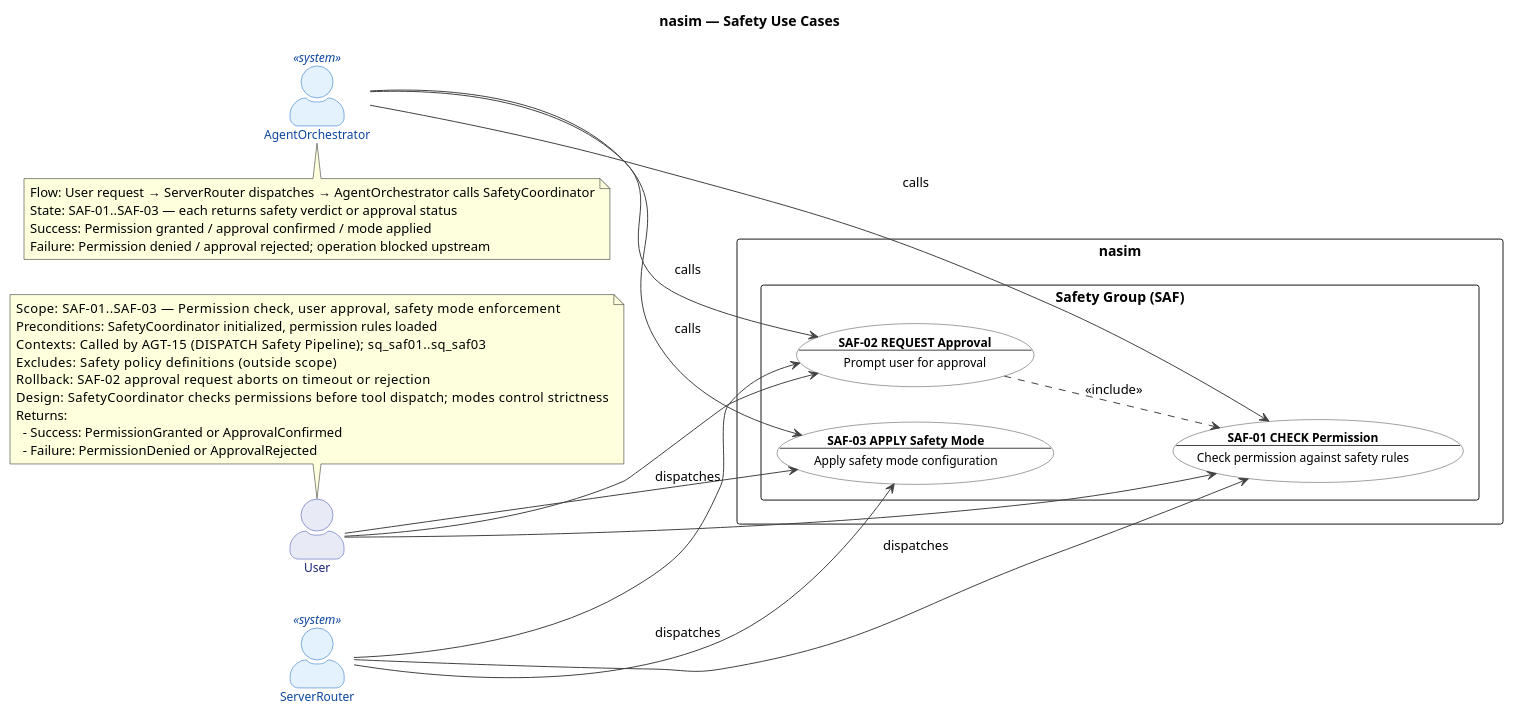
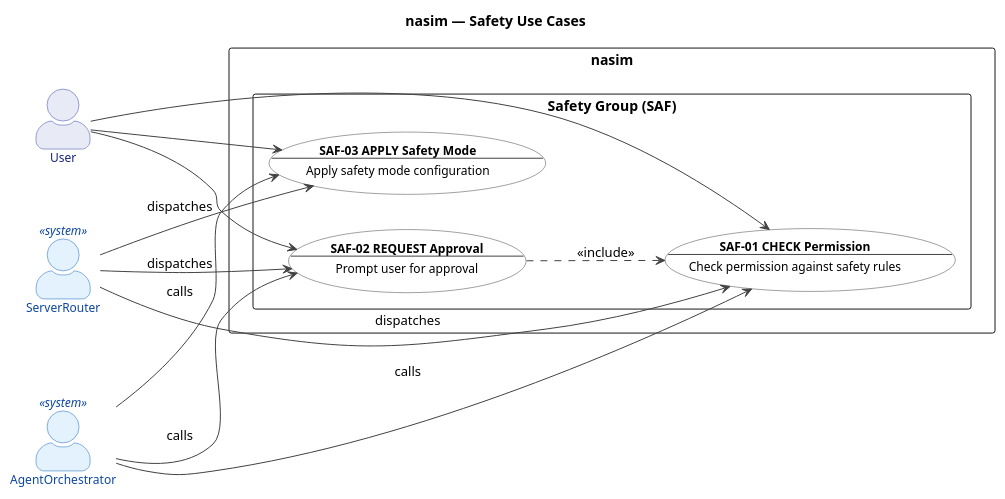
The diagram in docs/UC/uc_saf.puml (salimnamvar/nasim), drawn with PlantUML before and after one commit. The commit also changed 23 other files, not shown here.

First line of the commit message:
docs: Refactor UC diagrams and update merge script paths

```diff
--- a/docs/UC/uc_saf.puml
+++ b/docs/UC/uc_saf.puml
@@ -1,105 +1,108 @@
 @startuml uc_saf
+
 
 ' ============================================================
 ' Title:     nasim — UC: Safety Group
 ' Group:     SAF (Safety Layer)
 ' Boundary:  nasim code agent
 ' Purpose:   Permission gates, user approval prompts, safety mode enforcement.
 '            Entry chain: User → ServerRouter → AgentOrchestrator → SafetyCoordinator
 ' Milestone: v1.0
 ' Version:   9.1.0
 ' Source:    docs/ENTITIES.md, docs/UC/README.md
 ' Review:    CAR refinement loop 2026-06-27
 ' SQ:        sq_saf01..sq_saf03
 ' ============================================================
 
+
 left to right direction
+
 
 title nasim — Safety Use Cases
 
+
 skinparam actorStyle awesome
 skinparam packageStyle rectangle
+
 
 skinparam usecase {
   BackgroundColor #FFFFFF
   BorderColor #424242
   FontColor #000000
   ArrowColor #424242
   FontSize 12
 }
 
+
 skinparam actor {
   BackgroundColor #E8EAF6
   BorderColor #3949AB
   FontColor #1A237E
   FontSize 12
 }
 
+
 skinparam actor<<system>> {
   BackgroundColor #E3F2FD
   BorderColor #1565C0
   FontColor #0D47A1
 }
 
+
 ' ============================================================
 ' Actors
 ' ============================================================
+
 
 actor "User" as User
 actor "ServerRouter" as Router <<system>>
 actor "AgentOrchestrator" as Agent <<system>>
 
-note top of User
-  Scope:          SAF-01..SAF-03 — Permission check, user approval, safety mode enforcement
-  Preconditions:  SafetyCoordinator initialized, permission rules loaded
-  Contexts:       Called by AGT-15 (DISPATCH Safety Pipeline); sq_saf01..sq_saf03
-  Excludes:       Safety policy definitions (outside scope)
-  Rollback:       SAF-02 approval request aborts on timeout or rejection
-  Design:         SafetyCoordinator checks permissions before tool dispatch; modes control strictness
-  Returns:
-    - Success: PermissionGranted or ApprovalConfirmed
-    - Failure: PermissionDenied or ApprovalRejected
-end note
+
+
 
 ' ============================================================
 ' System Boundary
 ' ============================================================
+
 
 rectangle "nasim" {
   package "Safety Group (SAF)" {
     usecase "**SAF-01 CHECK Permission**\n--\nCheck permission against safety rules" as SAF01
     usecase "**SAF-02 REQUEST Approval**\n--\nPrompt user for approval" as SAF02
     usecase "**SAF-03 APPLY Safety Mode**\n--\nApply safety mode configuration" as SAF03
   }
 }
 
+
 ' ============================================================
 ' Actor -> Use Case Associations
 ' ============================================================
+
 
 User --> SAF01
 User --> SAF02
 User --> SAF03
 
+
 Router --> SAF01 : dispatches
 Router --> SAF02 : dispatches
 Router --> SAF03 : dispatches
+
 
 Agent --> SAF01 : calls
 Agent --> SAF02 : calls
 Agent --> SAF03 : calls
 
+
 ' ============================================================
 ' Relationships
 ' ============================================================
 
+
 SAF02 ..> SAF01 : <<include>>
 
-note bottom of Agent
-  Flow:   User request → ServerRouter dispatches → AgentOrchestrator calls SafetyCoordinator
-  State:  SAF-01..SAF-03 — each returns safety verdict or approval status
-  Success: Permission granted / approval confirmed / mode applied
-  Failure: Permission denied / approval rejected; operation blocked upstream
-end note
+
+
 
 @enduml
```
